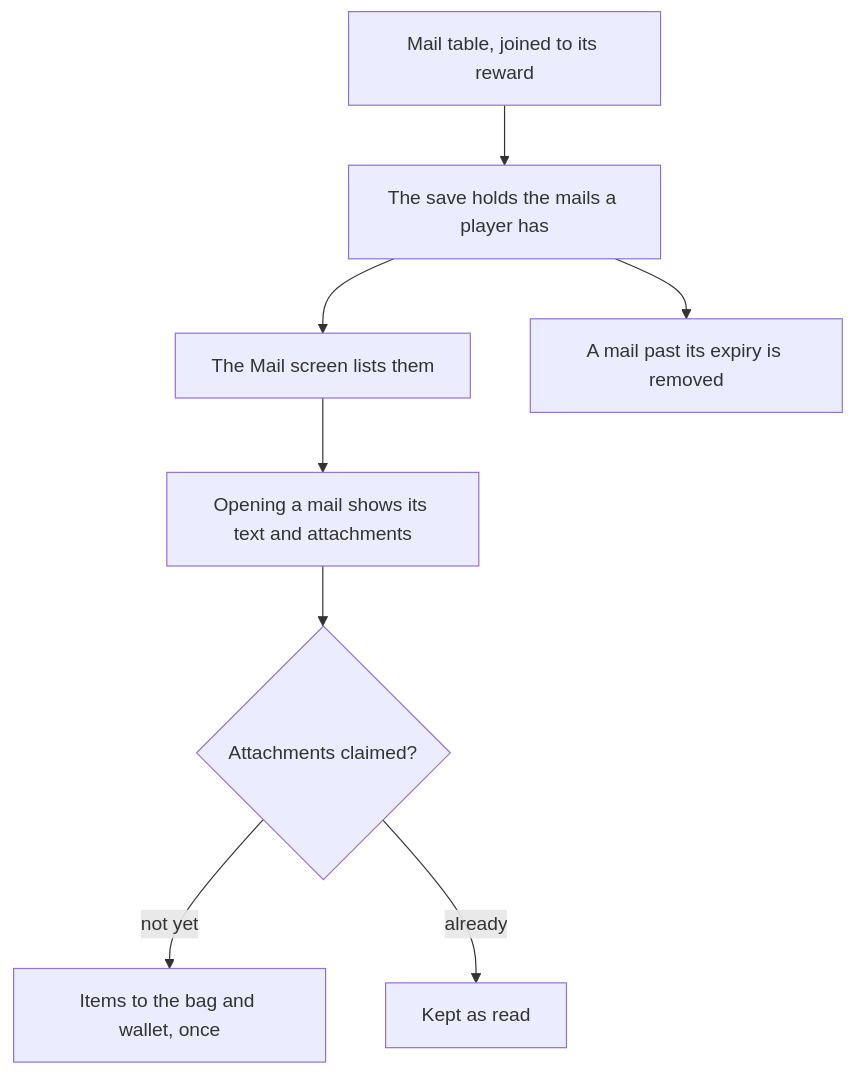
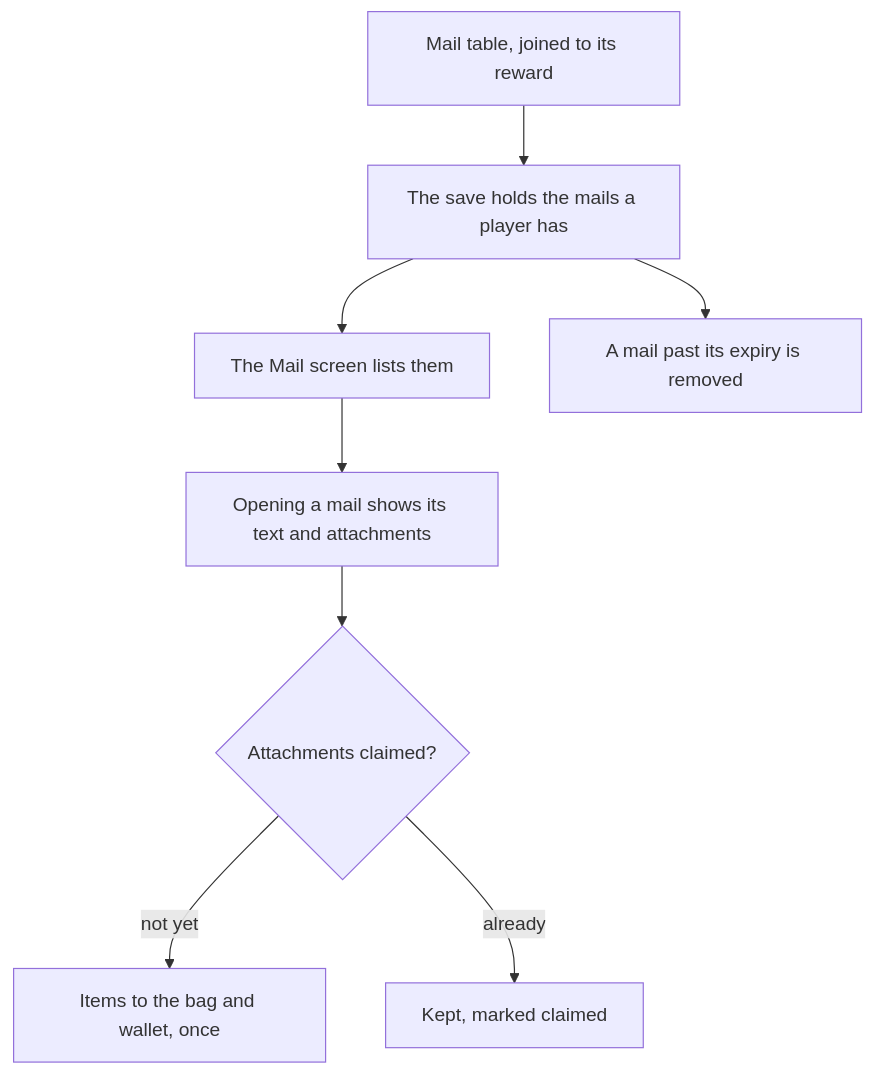
The diagram in openspec/changes/genshin-mail/design.md (Esposter/Esposter), drawn with Mermaid before and after one commit. The commit also changed other lines of this file and 20 other files, not shown here.

First line of the commit message:
feat(genshin-world): a held mail keeps its claim and no read state, since Delete Read is not built

````diff
--- a/openspec/changes/genshin-mail/design.md
+++ b/openspec/changes/genshin-mail/design.md
@@ -7,10 +7,10 @@
 ```mermaid
 flowchart TD
   TABLE["Mail table, joined to its reward"] --> SAVE["The save holds the mails a player has"]
   SAVE --> LIST["The Mail screen lists them"]
   LIST --> OPEN["Opening a mail shows its text and attachments"]
   OPEN --> CLAIM{"Attachments claimed?"}
   CLAIM -->|"not yet"| GRANT["Items to the bag and wallet, once"]
-  CLAIM -->|"already"| KEEP["Kept as read"]
+  CLAIM -->|"already"| KEEP["Kept, marked claimed"]
   SAVE --> EXPIRE["A mail past its expiry is removed"]
 ```
````
